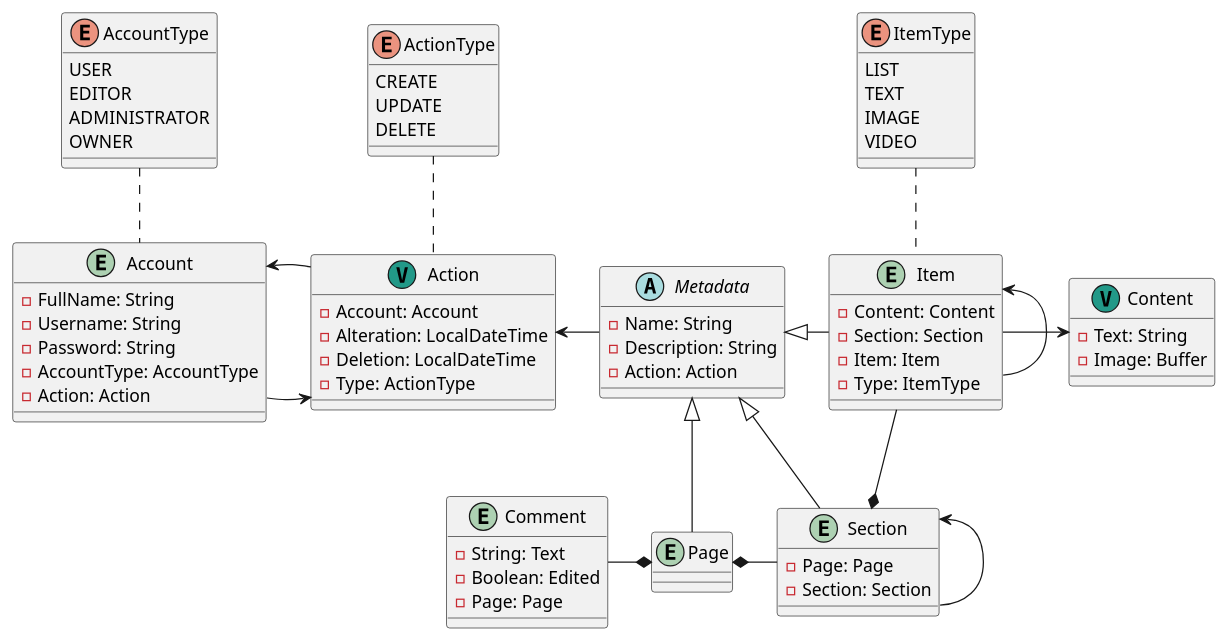
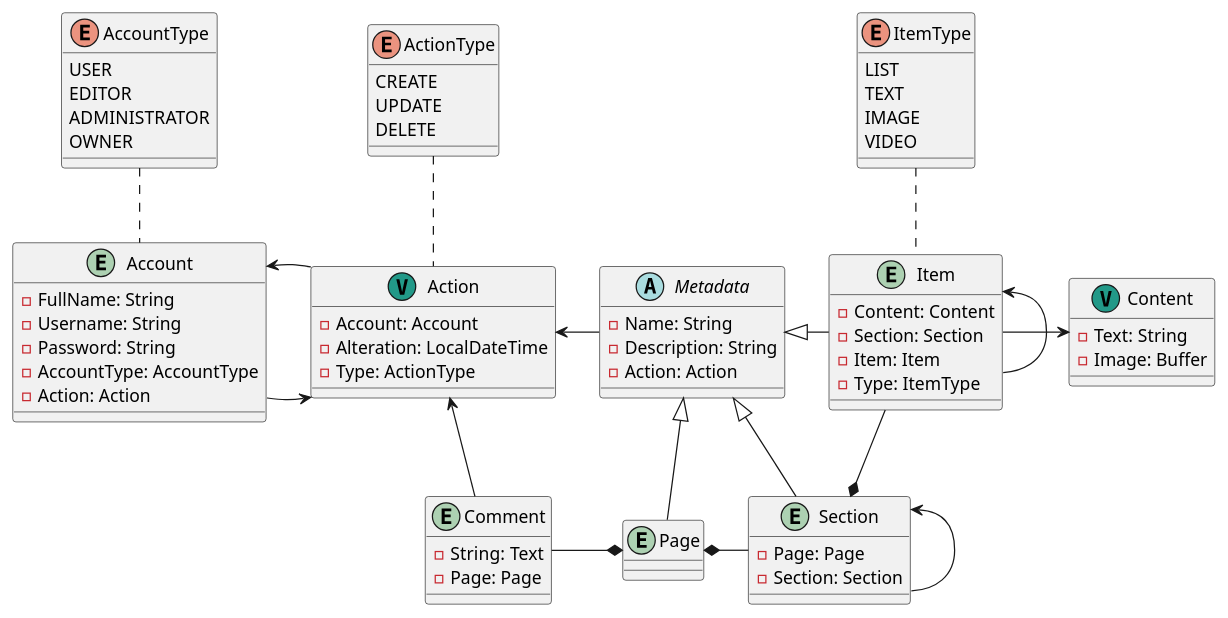
The diagram in src/main/plantuml/5. Main - Production.puml (LouisFerro/HFW-HighlyFunctionalWiki), drawn with PlantUML before and after one commit. The commit also changed 8 other files, not shown here.

```diff
--- a/src/main/plantuml/5. Main - Production.puml
+++ b/src/main/plantuml/5. Main - Production.puml
@@ -1,105 +1,104 @@
 @startuml
 'https://plantuml.com/class-diagram'
 
 entity Account
 {
     - FullName: String
     - Username: String
     - Password: String
     - AccountType: AccountType
     - Action: Action
 }
 
 enum AccountType
 {
     USER
     EDITOR
     ADMINISTRATOR
     OWNER
 }
 
 entity Action <<(V, #229988)>>
 {
     - Account: Account
     - Alteration: LocalDateTime
-    - Deletion: LocalDateTime
     - Type: ActionType
 }
 
 enum ActionType
 {
     CREATE
     UPDATE
     DELETE
 }
 
 abstract class Metadata
 {
     - Name: String
     - Description: String
     - Action: Action
 }
 
 entity Page
 {
 
 }
 
 entity Section
 {
     - Page: Page
     - Section: Section
 }
 
 entity Item
 {
     - Content: Content
     - Section: Section
     - Item: Item
     - Type: ItemType
 }
 
 enum ItemType
 {
     LIST
     TEXT
     IMAGE
     VIDEO
 }
 
 entity Content <<(V, #229988)>>
 {
     - Text: String
     - Image: Buffer
 }
 
 entity Comment
 {
     - String: Text
-    - Boolean: Edited
     - Page: Page
 }
 
 Account .up. AccountType
 Account -right-> Action
 
 Action -left-> Account
 Action .up. ActionType
 
 Metadata -left-> Action
 
+Comment -up-> Action
 Comment -right-* Page
 
 Page -up-|> Metadata
 
 Section -up-|> Metadata
 Section -left-* Page
 Section -up-> Section
 
 Item -left-|> Metadata
 Item -down-* Section
 Item -right-> Content
 Item .up. ItemType
 Item -up-> Item
 
 @enduml
```
